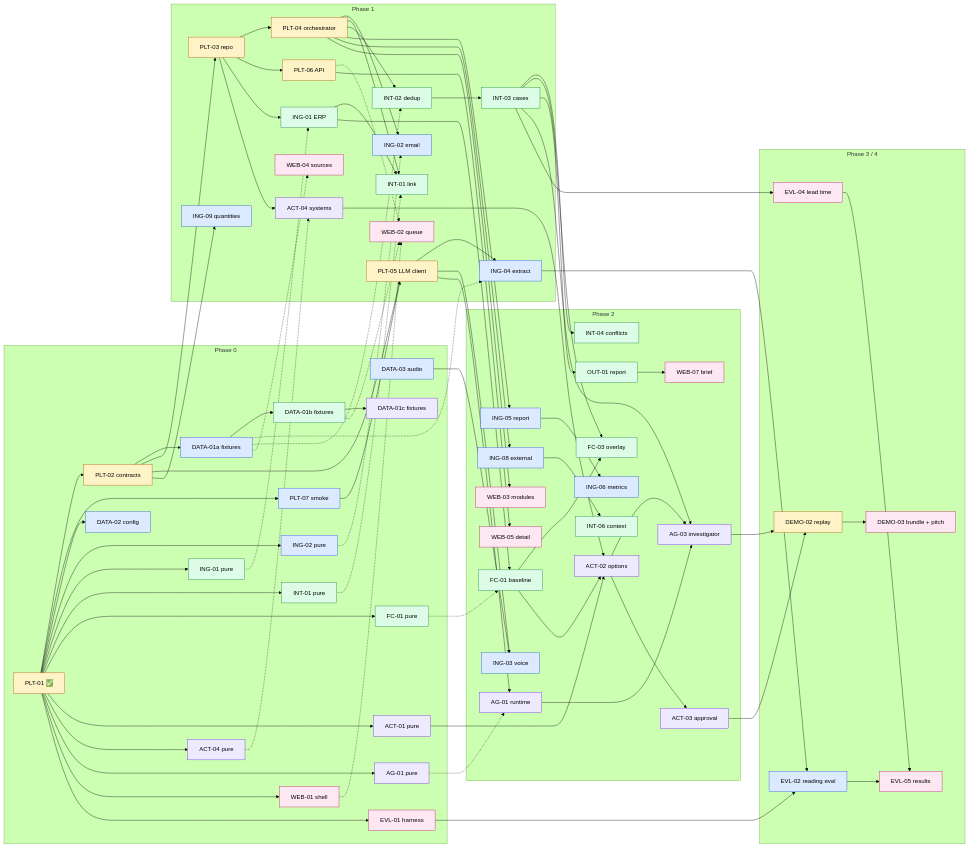
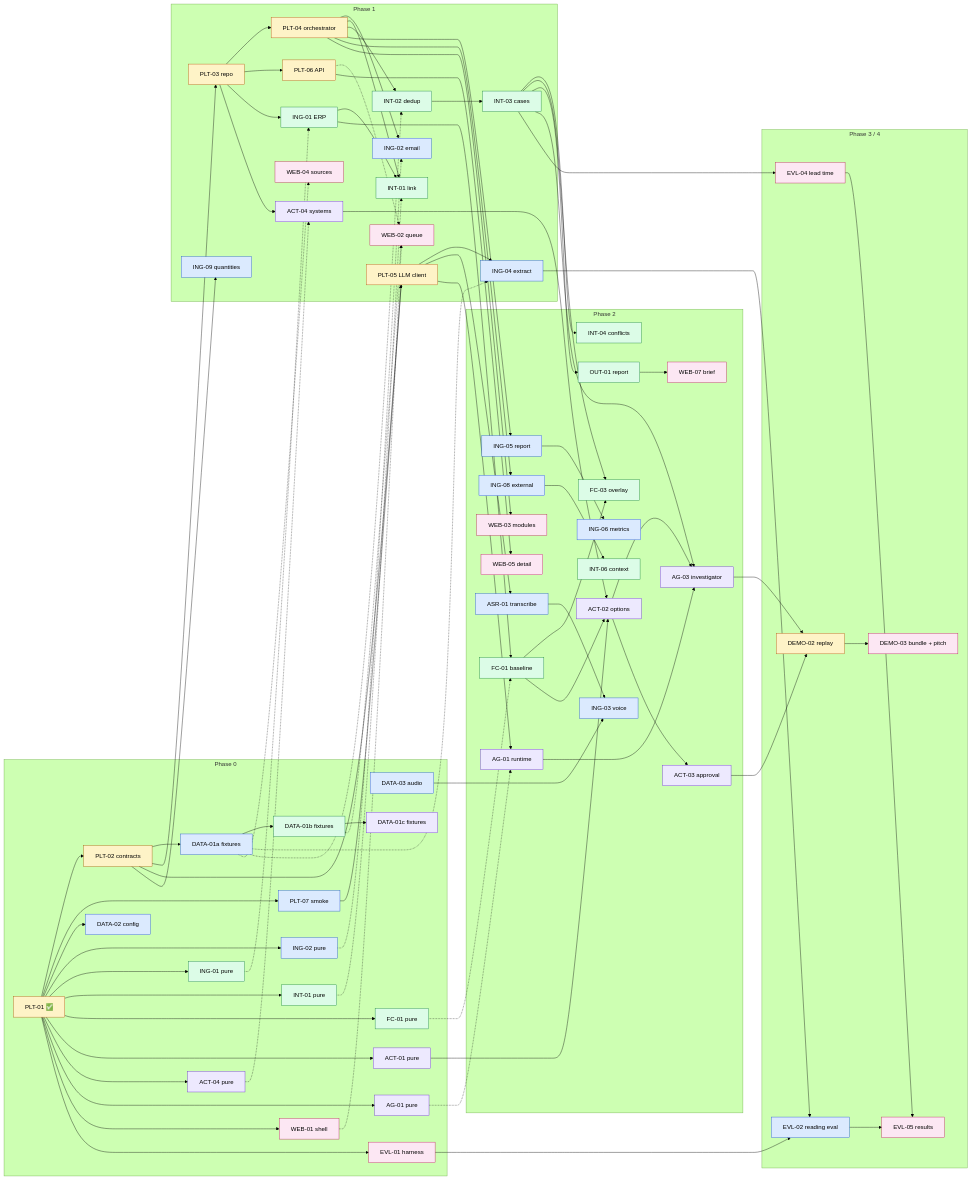
One commit to viganogabriele/fastweb-ai-hack changed the diagram in docs/PLAN.md. Above: the diagram before and after it, drawn with Mermaid (forest theme). The commit also changed other lines of this file and 1 other file, not shown here.

Commit message:
PLAN: bring ASR-01 back into the MVP (Phase 2, no G2 gate)

```diff
--- a/docs/PLAN.md
+++ b/docs/PLAN.md
@@ -250,7 +253,7 @@
   subgraph P2[Phase 2]
     PLT04 --> ING05[ING-05 report]:::A --> ING06[ING-06 metrics]:::A
     PLT04 --> ING08[ING-08 external]:::A --> INT06[INT-06 context]:::B
-    PLT05 --> ING03[ING-03 voice]:::A
+    PLT05 --> ASR01[ASR-01 transcribe]:::A --> ING03[ING-03 voice]:::A
     DATA03 --> ING03
     INT03 --> INT04[INT-04 conflicts]:::B
     ING01 --> FC01[FC-01 baseline]:::B
```
